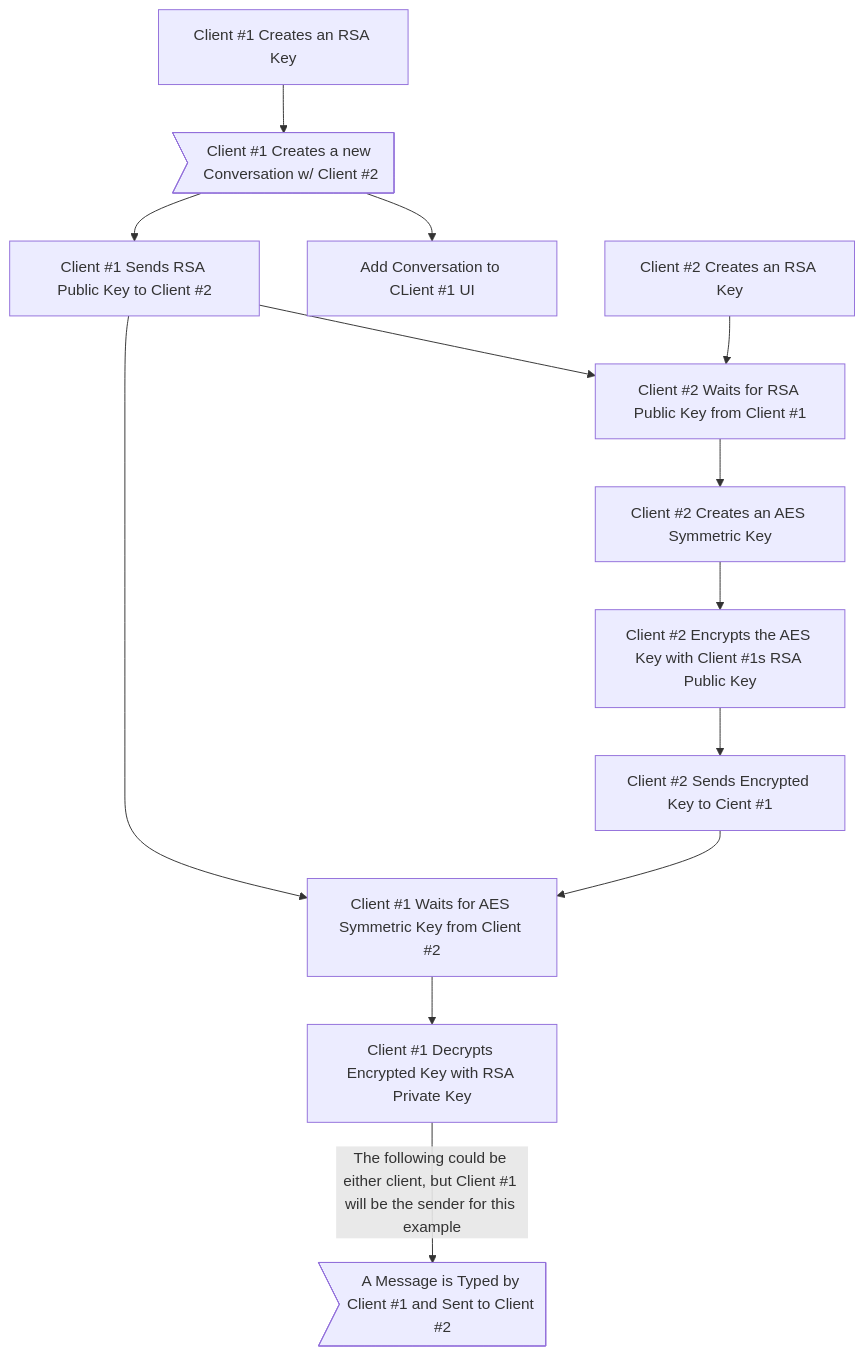
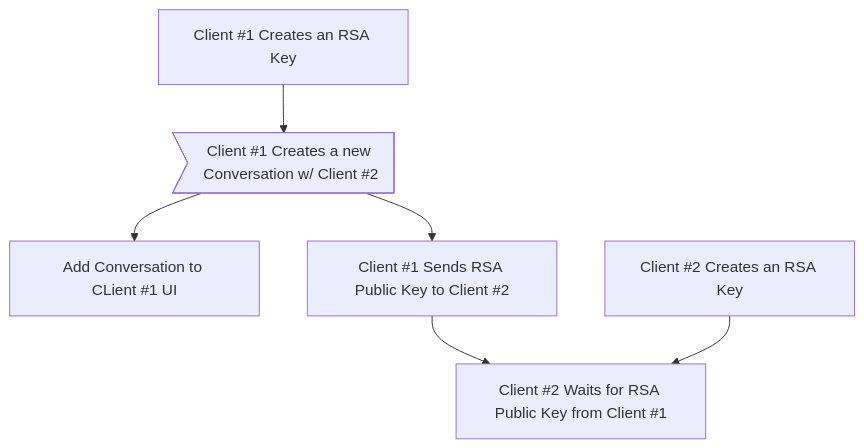
The diagram in README.md (xXCrash2BomberXx/TinyChat), drawn with Mermaid before and after one commit. The commit also changed other lines of this file, not shown here.

````diff
--- a/README.md
+++ b/README.md
@@ -72,16 +72,9 @@
 ```mermaid
 graph TB;
   A[Client #1 Creates an RSA Key] --> B>Client #1 Creates a new Conversation w/ Client #2];
   B --> D[Add Conversation to CLient #1 UI];
   B --> E[Client #1 Sends RSA Public Key to Client #2];
   E --> G[Client #2 Waits for RSA Public Key from Client #1];
   F[Client #2 Creates an RSA Key] --> G;
-  G --> H[Client #2 Creates an AES Symmetric Key];
-  H -->I[Client #2 Encrypts the AES Key with Client #1s RSA Public Key];
-  I -->J[Client #2 Sends Encrypted Key to Cient #1];
-  J --> K[Client #1 Waits for AES Symmetric Key from Client #2];
-  E --> K;
-  K --> L[Client #1 Decrypts Encrypted Key with RSA Private Key];
-  L --> |The following could be either client, but Client #1 will be the sender for this example| M>A Message is Typed by Client #1 and Sent to Client #2];
   
 ```
````
